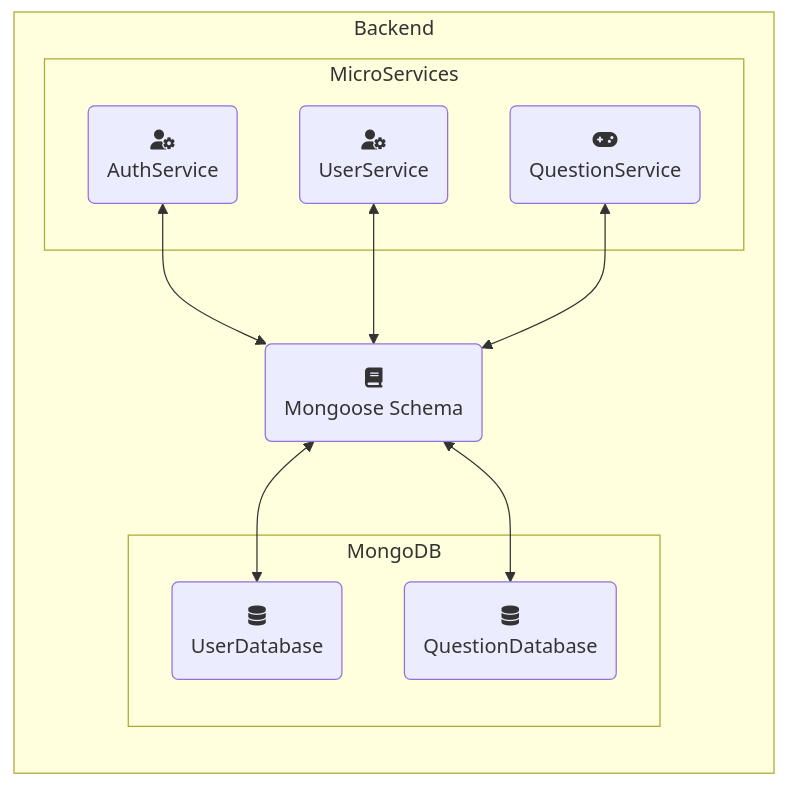
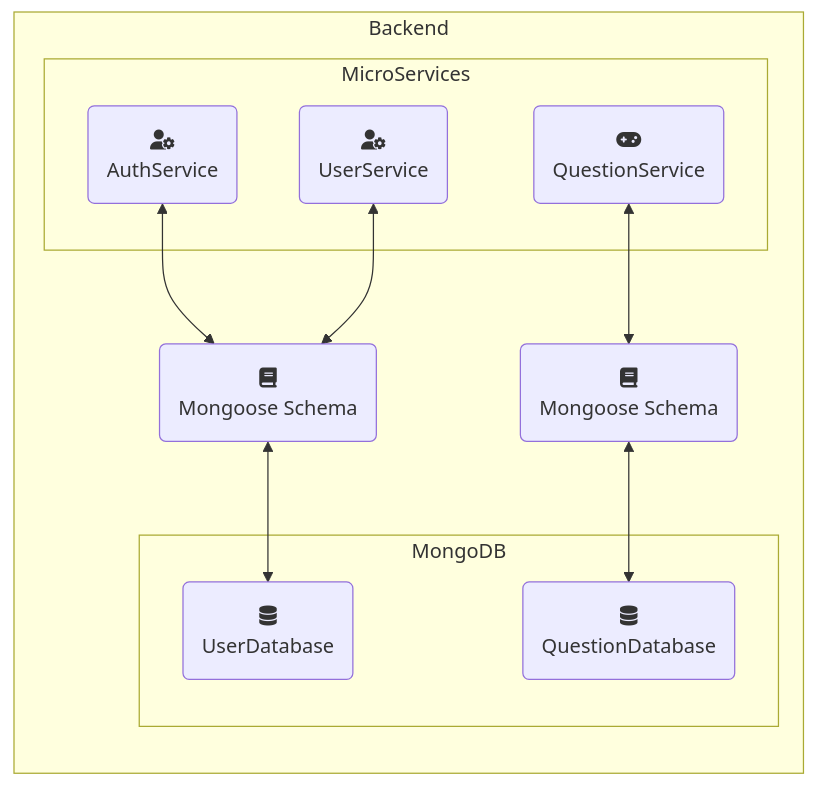
Before and after one commit to Arquisoft/wiq_en3b: the fourth of 4 diagrams in docs/src/08_concepts.adoc, drawn with Mermaid.

Commit message:
Splitted diagram MongoDB

```diff
--- a/docs/src/08_concepts.adoc
+++ b/docs/src/08_concepts.adoc
@@ -327,25 +327,27 @@
 [mermaid]
 ....
 flowchart LR
     subgraph back [Backend]
         subgraph micro [MicroServices]
             as("fa:fa-user-cog" 
             AuthService)
             us("fa:fa-user-cog" 
             UserService)
             qs("fa:fa-gamepad" 
             QuestionService)
         end
-        m("fa:fa-book
+        m1("fa:fa-book
+        Mongoose Schema")
+        m2("fa:fa-book
         Mongoose Schema")
         subgraph mongo [MongoDB]
             ud("fa:fa-database" 
             UserDatabase)
             td("fa:fa-database" 
             QuestionDatabase)
         end
     end
-    as <--> m <--> ud
-    us <--> m
-    qs <--> m <-->td
+    as <--> m1 <--> ud
+    us <--> m1 
+    qs <--> m2 <--> td
 ....
```
